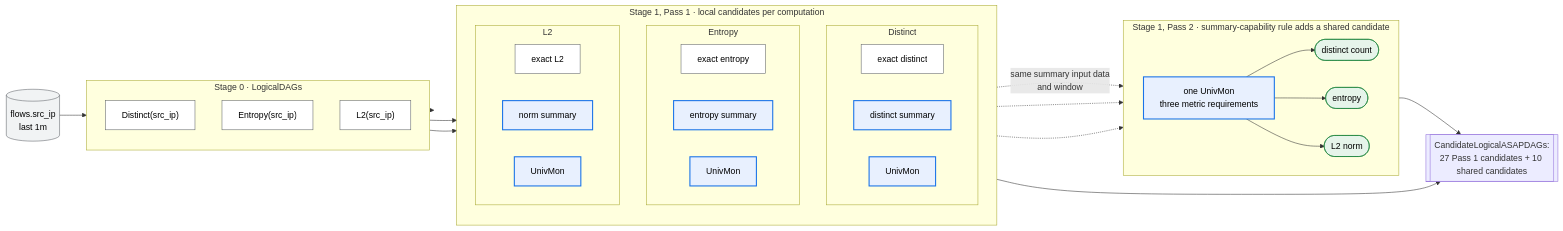
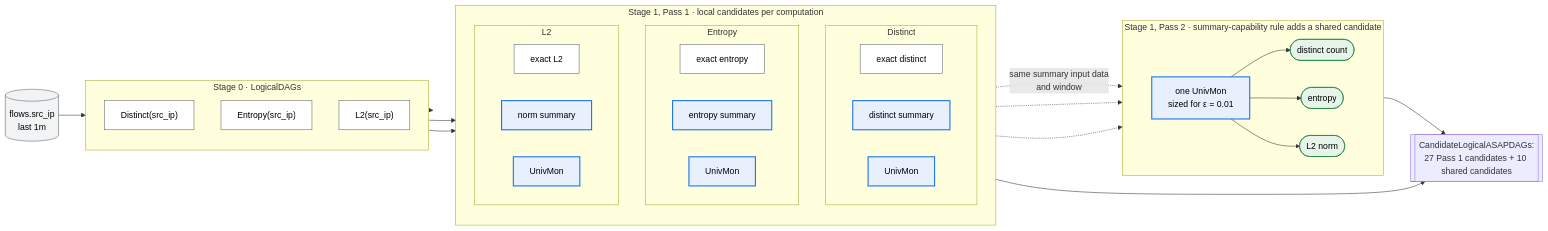
Before and after one commit to ProjectASAP/ASAPPlanner: the fifth of 10 diagrams in docs/design_docs/proposals/planner-layering.md, drawn with Mermaid. The commit also changed other lines of this file, not shown here.

````diff
--- a/docs/design_docs/proposals/planner-layering.md
+++ b/docs/design_docs/proposals/planner-layering.md
@@ -493,57 +647,57 @@
 ```mermaid
 flowchart LR
   in[("flows.src_ip<br/>last 1m")]:::data
 
   subgraph P0["Stage 0 · LogicalDAGs"]
     direction TB
     q1["Distinct(src_ip)"]:::exact
     q2["Entropy(src_ip)"]:::exact
     q3["L2(src_ip)"]:::exact
   end
 
   subgraph P1["Stage 1, Pass 1 · local candidates per computation"]
     direction TB
     subgraph D["Distinct"]
       direction LR
       d0["exact distinct"]:::exact
       d1["distinct summary"]:::summary
       d2["UnivMon"]:::summary
     end
     subgraph E["Entropy"]
       direction LR
       e0["exact entropy"]:::exact
       e1["entropy summary"]:::summary
       e2["UnivMon"]:::summary
     end
     subgraph L["L2"]
       direction LR
       l0["exact L2"]:::exact
       l1["norm summary"]:::summary
       l2["UnivMon"]:::summary
     end
   end
 
   subgraph P2["Stage 1, Pass 2 · summary-capability rule adds a shared candidate"]
     direction LR
-    u["one UnivMon<br/>three metric requirements"]:::summary
+    u["one UnivMon<br/>sized for ε = 0.01"]:::summary
     u --> rd(["distinct count"]):::estimate
     u --> re(["entropy"]):::estimate
     u --> rl(["L2 norm"]):::estimate
   end
 
   in --> P0
   q1 --> D
   q2 --> E
   q3 --> L
   d2 -. "same summary input data<br/>and window" .-> u
   e2 -.-> u
   l2 -.-> u
 
   OUT[["CandidateLogicalASAPDAGs:<br/>27 Pass 1 candidates + 10 shared candidates"]]
   P1 --> OUT
   P2 --> OUT
   classDef data fill:#f1f3f4,stroke:#5f6368,color:#000;
   classDef exact fill:#fff,stroke:#5f6368,color:#000;
   classDef summary fill:#e8f0fe,stroke:#1a73e8,stroke-width:2px,color:#000;
   classDef estimate fill:#e6f4ea,stroke:#188038,color:#000;
 ```
````
